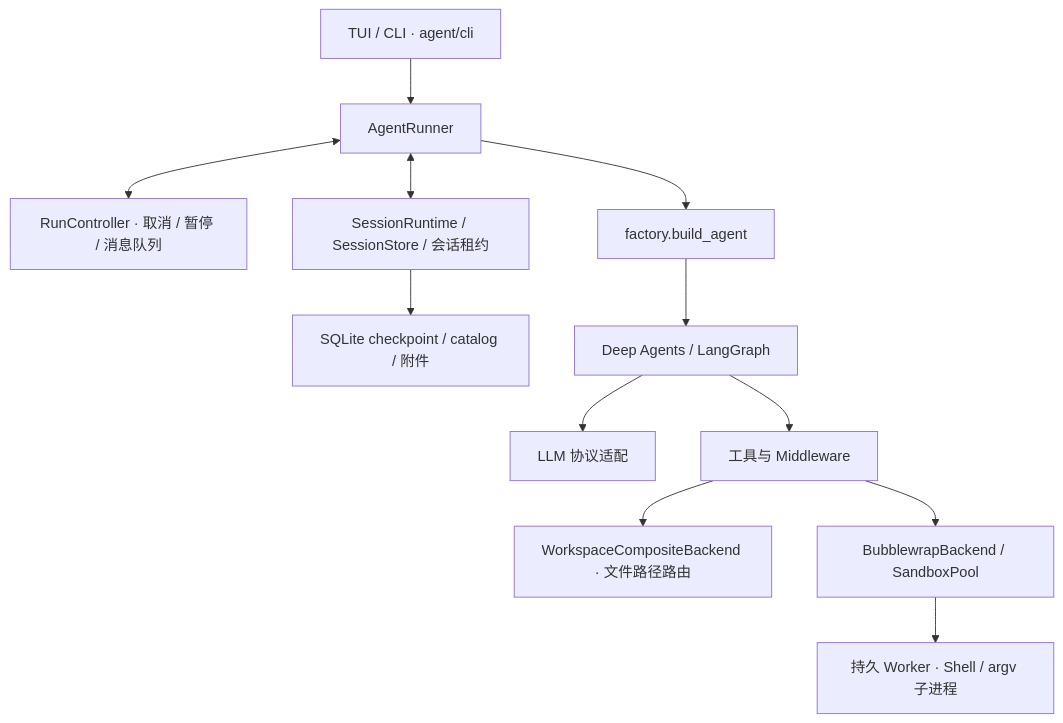
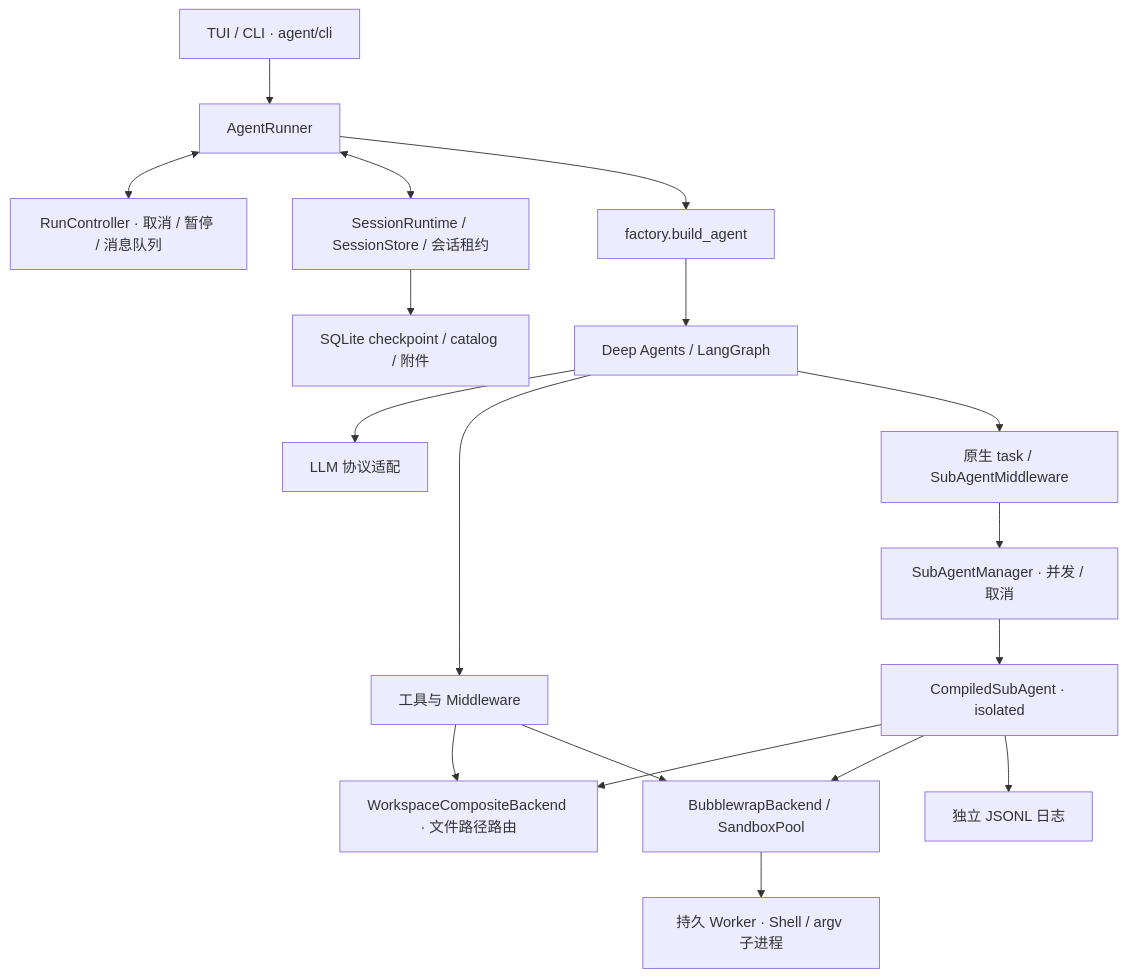
Before and after one commit to ADaozz/deep_agent_cli: the first of 2 diagrams in docs/architecture.md, drawn with Mermaid. The commit also changed other lines of this file and 12 other files, not shown here.

````diff
--- a/docs/architecture.md
+++ b/docs/architecture.md
@@ -21,14 +21,20 @@
 ```mermaid
 flowchart TB
     CLI["TUI / CLI · agent/cli"] --> RUN["AgentRunner"]
     RUN <--> CONTROL["RunController · 取消 / 暂停 / 消息队列"]
     RUN <--> SESSION["SessionRuntime / SessionStore / 会话租约"]
     SESSION --> DB["SQLite checkpoint / catalog / 附件"]
     RUN --> FACTORY["factory.build_agent"]
     FACTORY --> GRAPH["Deep Agents / LangGraph"]
     GRAPH --> MODEL["LLM 协议适配"]
     GRAPH --> TOOLS["工具与 Middleware"]
+    GRAPH --> TASK["原生 task / SubAgentMiddleware"]
+    TASK --> MANAGER["SubAgentManager · 并发 / 取消"]
+    MANAGER --> CHILD["CompiledSubAgent · isolated"]
+    CHILD --> FILES
+    CHILD --> EXEC
+    CHILD --> LOGS["独立 JSONL 日志"]
     TOOLS --> FILES["WorkspaceCompositeBackend · 文件路径路由"]
     TOOLS --> EXEC["BubblewrapBackend / SandboxPool"]
     EXEC --> WORKER["持久 Worker · Shell / argv 子进程"]
 ```
````
